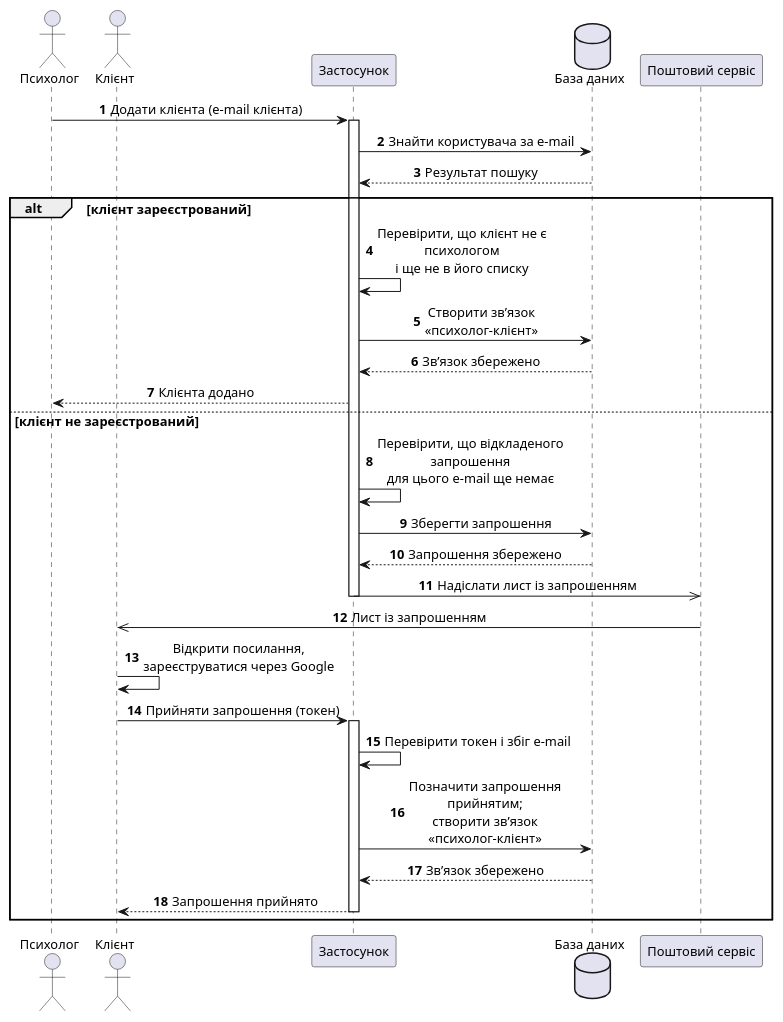
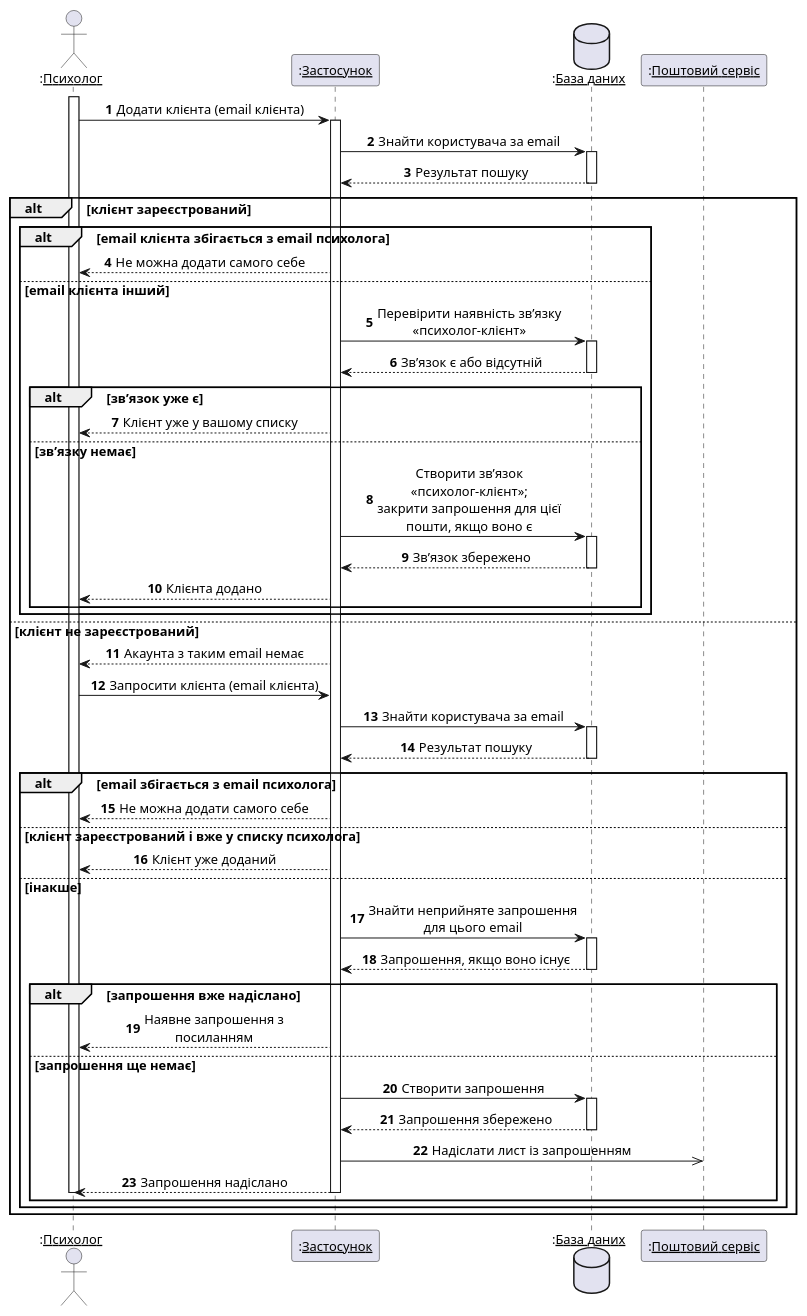
Before and after one commit to ArtemSmotritel/psycho: the diagram in docs/diagrams/invitation-sequence.puml, drawn with PlantUML. The commit also changed 49 other files, not shown here.

```diff
--- a/docs/diagrams/invitation-sequence.puml
+++ b/docs/diagrams/invitation-sequence.puml
@@ -1,48 +1,64 @@
 @startuml
 
 skinparam defaultFontSize 13
 skinparam sequenceMessageAlign center
 skinparam maxMessageSize 220
 
-actor "Психолог" as P
-actor "Клієнт" as C
-participant "Застосунок" as A
-database "База даних" as DB
-participant "Поштовий сервіс" as M
+actor ":__Психолог__" as P
+participant ":__Застосунок__" as A
+database ":__База даних__" as DB
+participant ":__Поштовий сервіс__" as M
 
 autonumber
 
-P -> A : Додати клієнта (e-mail клієнта)
+
+activate P
+P -> A : Додати клієнта (email клієнта)
 activate A
-A -> DB : Знайти користувача за e-mail
-DB --> A : Результат пошуку
-'deactivate A
+A -> DB ++ : Знайти користувача за email
+DB --> A -- : Результат пошуку
 
 alt клієнт зареєстрований
-    A -> A : Перевірити, що клієнт не є психологом\nі ще не в його списку
-    A -> DB : Створити зв’язок «психолог–клієнт»
-    DB --> A : Зв’язок збережено
-    A --> P : Клієнта додано
+    alt email клієнта збігається з email психолога
+        A --> P : Не можна додати самого себе
+    else email клієнта інший
+        A -> DB ++ : Перевірити наявність зв’язку «психолог–клієнт»
+        DB --> A -- : Зв’язок є або відсутній
+
+        alt зв’язок уже є
+            A --> P : Клієнт уже у вашому списку
+        else зв’язку немає
+            A -> DB ++ : Створити зв’язок «психолог–клієнт»;\nзакрити запрошення для цієї пошти, якщо воно є
+            DB --> A -- : Зв’язок збережено
+            A --> P : Клієнта додано
+        end
+    end
 else клієнт не зареєстрований
-    A -> A : Перевірити, що відкладеного запрошення\nдля цього e-mail ще немає
-    A -> DB : Зберегти запрошення
-    DB --> A : Запрошення збережено
-    A ->> M : Надіслати лист із запрошенням
-    deactivate A
+    A --> P : Акаунта з таким email немає
 
-    M ->> C : Лист із запрошенням
+P -> A : Запросити клієнта (email клієнта)
+A -> DB ++ : Знайти користувача за email
+DB --> A -- : Результат пошуку
 
-    C -> C : Відкрити посилання,\nзареєструватися через Google
+alt email збігається з email психолога
+    A --> P : Не можна додати самого себе
+else клієнт зареєстрований і вже у списку психолога
+    A --> P : Клієнт уже доданий
+else інакше
+    A -> DB ++ : Знайти неприйняте запрошення\nдля цього email
+    DB --> A -- : Запрошення, якщо воно існує
 
-    C -> A : Прийняти запрошення (токен)
-    activate A
-
-    A -> A : Перевірити токен і збіг e-mail
-    A -> DB : Позначити запрошення прийнятим;\nстворити зв’язок «психолог–клієнт»
-    DB --> A : Зв’язок збережено
-    A --> C : Запрошення прийнято
-    deactivate A
+    alt запрошення вже надіслано
+        A --> P : Наявне запрошення з посиланням
+    else запрошення ще немає
+        A -> DB ++ : Створити запрошення
+        DB --> A -- : Запрошення збережено
+        A ->> M : Надіслати лист із запрошенням
+        A --> P : Запрошення надіслано
+        deactivate P
+        deactivate A
+    end
+end
 end
 
-
 @enduml
```
